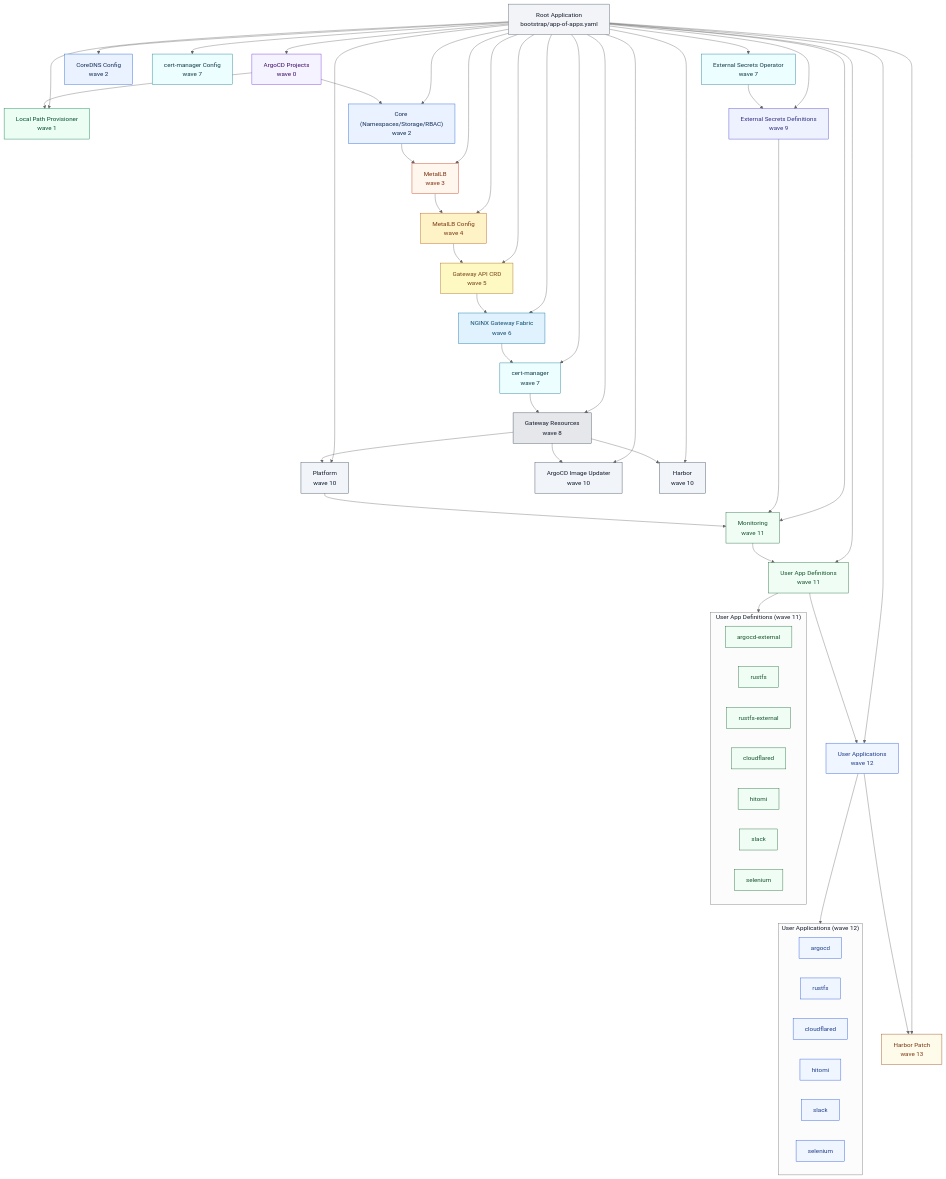
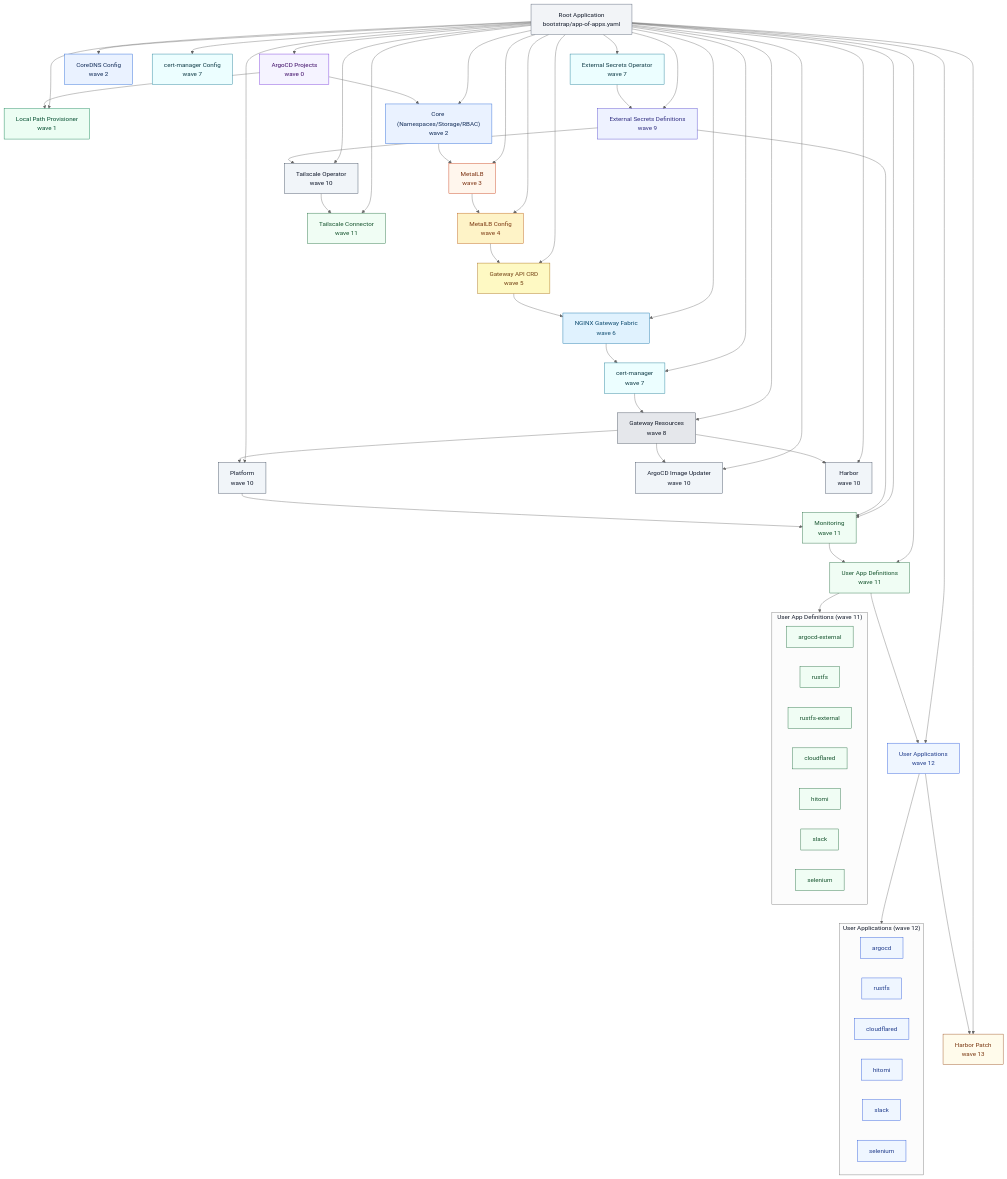
The diagram in docs/diagrams/app-of-apps-sync-wave.md (ksera524/k8s_myHome), drawn with Mermaid (neutral theme) before and after one commit. The commit also changed other lines of this file and 6 other files, not shown here.

```diff
--- a/docs/diagrams/app-of-apps-sync-wave.md
+++ b/docs/diagrams/app-of-apps-sync-wave.md
@@ -27,8 +27,10 @@
   platform["Platform\nwave 10"]:::wave10
   imgUpdater["ArgoCD Image Updater\nwave 10"]:::wave10
   harbor["Harbor\nwave 10"]:::wave10
+  tailscaleOp["Tailscale Operator\nwave 10"]:::wave10
   monitoring["Monitoring\nwave 11"]:::wave11
   userDefs["User App Definitions\nwave 11"]:::wave11
+  tailscaleConn["Tailscale Connector\nwave 11"]:::wave11
   userApps["User Applications\nwave 12"]:::wave12
   harborPatch["Harbor Patch\nwave 13"]:::wave13
 
@@ -48,8 +50,10 @@
   root --> platform
   root --> imgUpdater
   root --> harbor
+  root --> tailscaleOp
   root --> monitoring
   root --> userDefs
+  root --> tailscaleConn
   root --> userApps
   root --> harborPatch
 
@@ -63,10 +67,12 @@
   ngf --> certmgr
   certmgr --> gwRes
   eso --> cfgSecrets
+  cfgSecrets --> tailscaleOp
   cfgSecrets --> monitoring
   gwRes --> platform
   gwRes --> imgUpdater
   gwRes --> harbor
+  tailscaleOp --> tailscaleConn
   platform --> monitoring
   monitoring --> userDefs
   userDefs --> userApps
```
